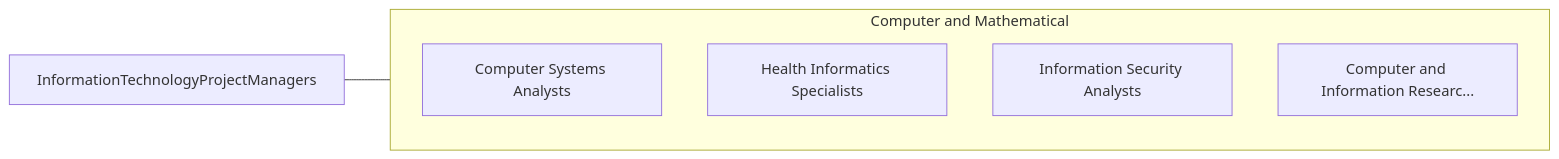
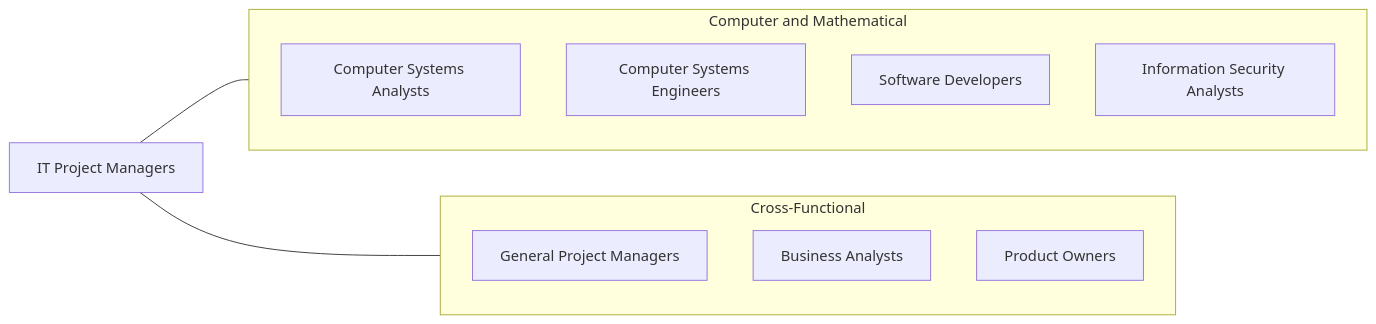
Before and after one commit to kziemski/business.org.ai: the third of 4 diagrams in occupations/Technology/InformationTechnologyProjectManagers.mdx, drawn with Mermaid. The commit also changed other lines of this file and 938 other files, not shown here.

````diff
--- a/occupations/Technology/InformationTechnologyProjectManagers.mdx
+++ b/occupations/Technology/InformationTechnologyProjectManagers.mdx
@@ -106,13 +201,20 @@
 ```mermaid
 graph LR
-    Current["InformationTechnologyProjectManagers"]
+    Current["IT Project Managers"]
 
     subgraph SameCategory["Computer and Mathematical"]
-        ComputerSystemsAnaly["Computer Systems Analysts"]
-        HealthInformaticsSpe["Health Informatics Specialists"]
-        InformationSecurityA["Information Security Analysts"]
-        ComputerAndInformati["Computer and Information Researc..."]
+        CSA["Computer Systems Analysts"]
+        CSE["Computer Systems Engineers"]
+        SD["Software Developers"]
+        ISA["Information Security Analysts"]
+    end
+
+    subgraph CrossFunctional["Cross-Functional"]
+        PM["General Project Managers"]
+        BA["Business Analysts"]
+        PO["Product Owners"]
     end
 
     Current --- SameCategory
+    Current --- CrossFunctional
 ```
````
